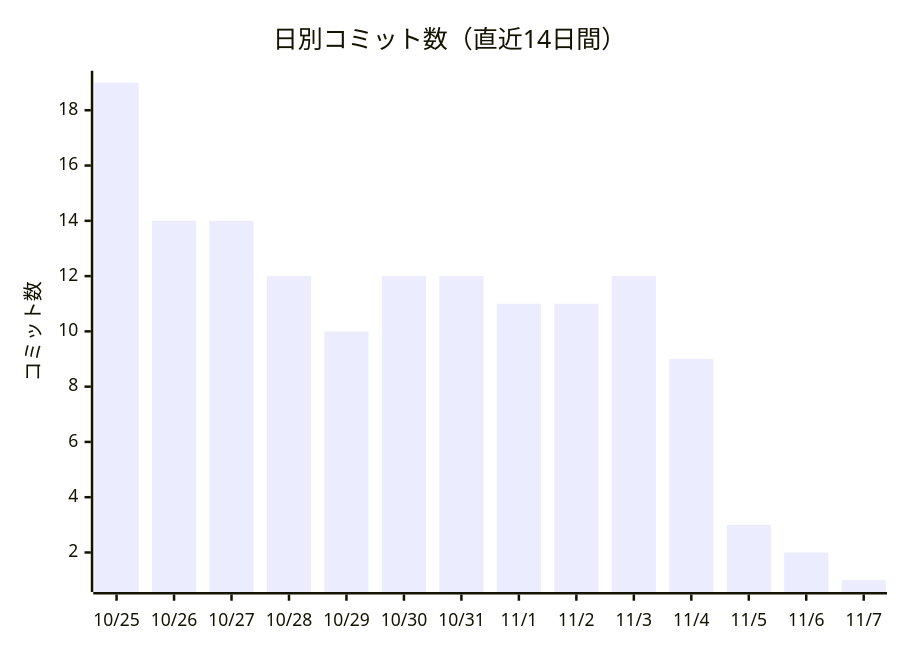
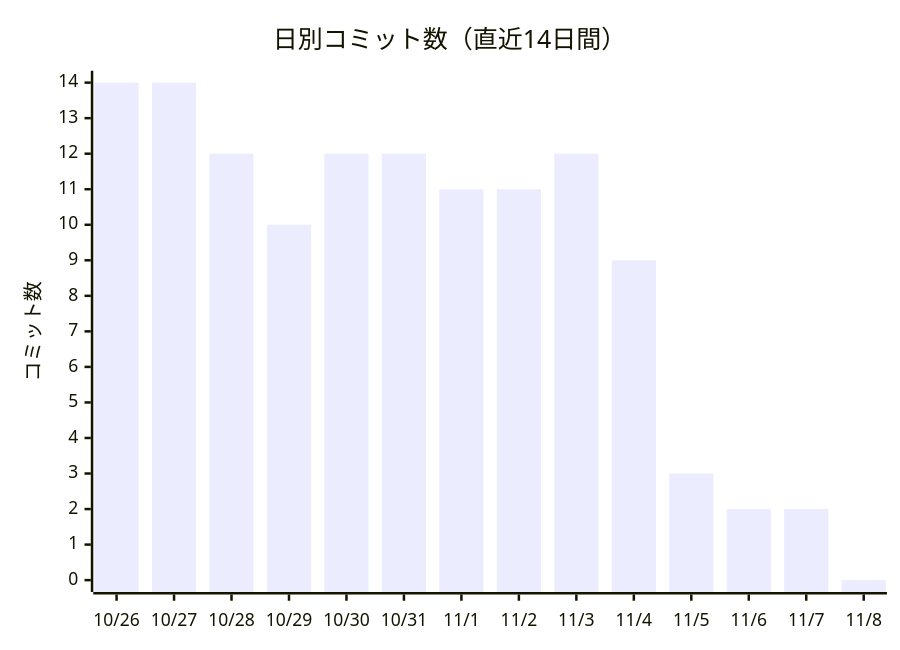
The first of 2 diagrams in docs/進化レポート.md (non-x2/non-x2), drawn with Mermaid before and after one commit. The commit also changed other lines of this file and 1 other file, not shown here.

````diff
--- a/docs/進化レポート.md
+++ b/docs/進化レポート.md
@@ -23,7 +23,7 @@
 ```mermaid
 xychart-beta
     title "日別コミット数（直近14日間）"
-    x-axis ["10/25", "10/26", "10/27", "10/28", "10/29", "10/30", "10/31", "11/1", "11/2", "11/3", "11/4", "11/5", "11/6", "11/7"]
+    x-axis ["10/26", "10/27", "10/28", "10/29", "10/30", "10/31", "11/1", "11/2", "11/3", "11/4", "11/5", "11/6", "11/7", "11/8"]
     y-axis "コミット数"
-    bar [19, 14, 14, 12, 10, 12, 12, 11, 11, 12, 9, 3, 2, 1]
+    bar [14, 14, 12, 10, 12, 12, 11, 11, 12, 9, 3, 2, 2, 0]
 ```
````
